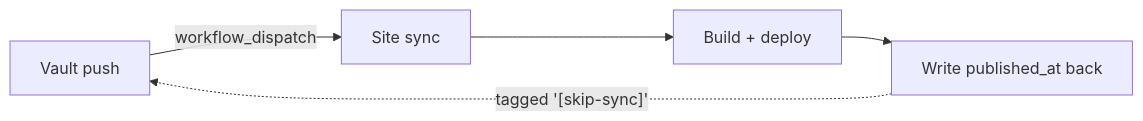
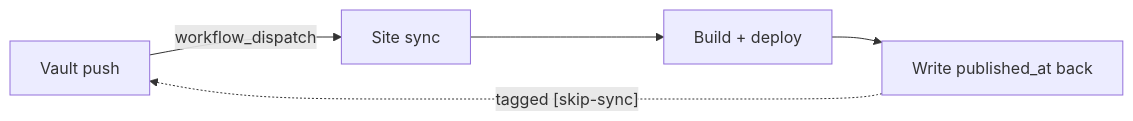
One commit to extinctCoder/extinctCoder.github.io changed the diagram in _posts/2026-06-25-making-the-pipeline-run-itself.md. Above: the diagram before and after it, drawn with Mermaid. The commit also changed 4 other files, not shown here.

Commit message:
feat: updated diagram

````diff
--- a/_posts/2026-06-25-making-the-pipeline-run-itself.md
+++ b/_posts/2026-06-25-making-the-pipeline-run-itself.md
@@ -29,7 +29,7 @@
 ```mermaid
 flowchart LR
     Push[Vault push] -->|workflow_dispatch| Sync[Site sync]
     Sync --> Build[Build + deploy]
     Build --> Stamp[Write published_at back]
-    Stamp -. tagged '[skip-sync]' .-> Push
+    Stamp -. "tagged [skip-sync]" .-> Push
 ```
````
